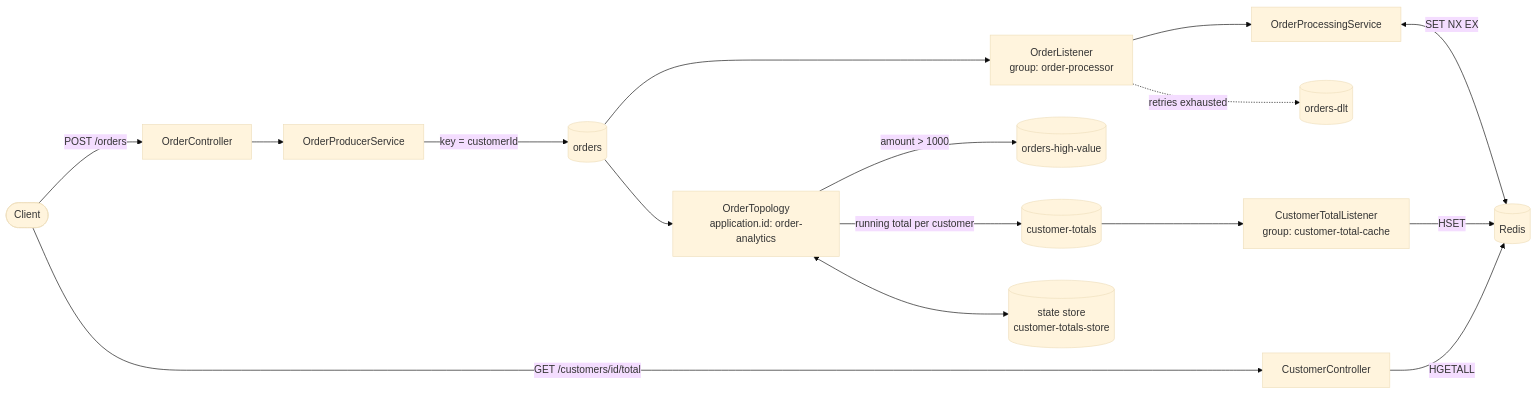
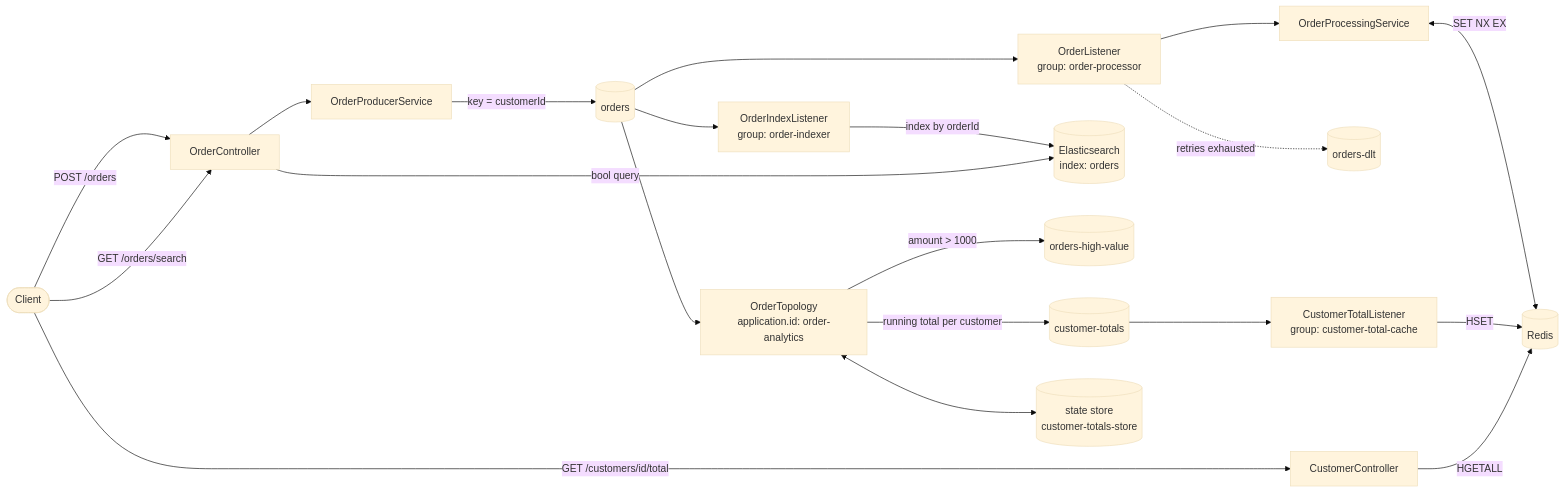
The diagram in README.md (Matias23/kafka-streams-practice), drawn with Mermaid (base theme) before and after one commit. The commit also changed other lines of this file and 16 other files, not shown here.

First line of the commit message:
Add Elasticsearch order index and search endpoint

````diff
--- a/README.md
+++ b/README.md
@@ -7,21 +7,26 @@
 ```mermaid
 flowchart LR
     client([Client]) -->|POST /orders| api[OrderController]
     api --> producer[OrderProducerService]
     producer -->|key = customerId| orders[(orders)]
 
     orders --> listener[OrderListener<br/>group: order-processor]
     listener --> processing[OrderProcessingService]
     processing <-->|SET NX EX| redis[(Redis)]
     listener -. retries exhausted .-> dlt[(orders-dlt)]
 
+    orders --> indexer[OrderIndexListener<br/>group: order-indexer]
+    indexer -->|index by orderId| es[(Elasticsearch<br/>index: orders)]
+    client -->|GET /orders/search| api
+    api -->|bool query| es
+
     orders --> topology[OrderTopology<br/>application.id: order-analytics]
     topology -->|amount > 1000| highValue[(orders-high-value)]
     topology -->|running total per customer| totals[(customer-totals)]
     topology <--> store[(state store<br/>customer-totals-store)]
 
     totals --> totalListener[CustomerTotalListener<br/>group: customer-total-cache]
     totalListener -->|HSET| redis
     client -->|GET /customers/id/total| customerApi[CustomerController]
     customerApi -->|HGETALL| redis
 ```
````
